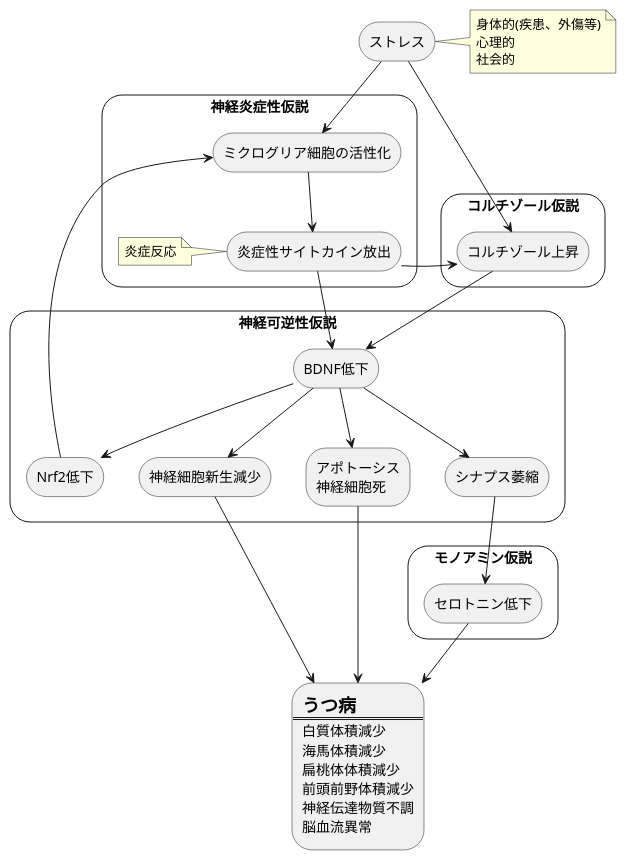
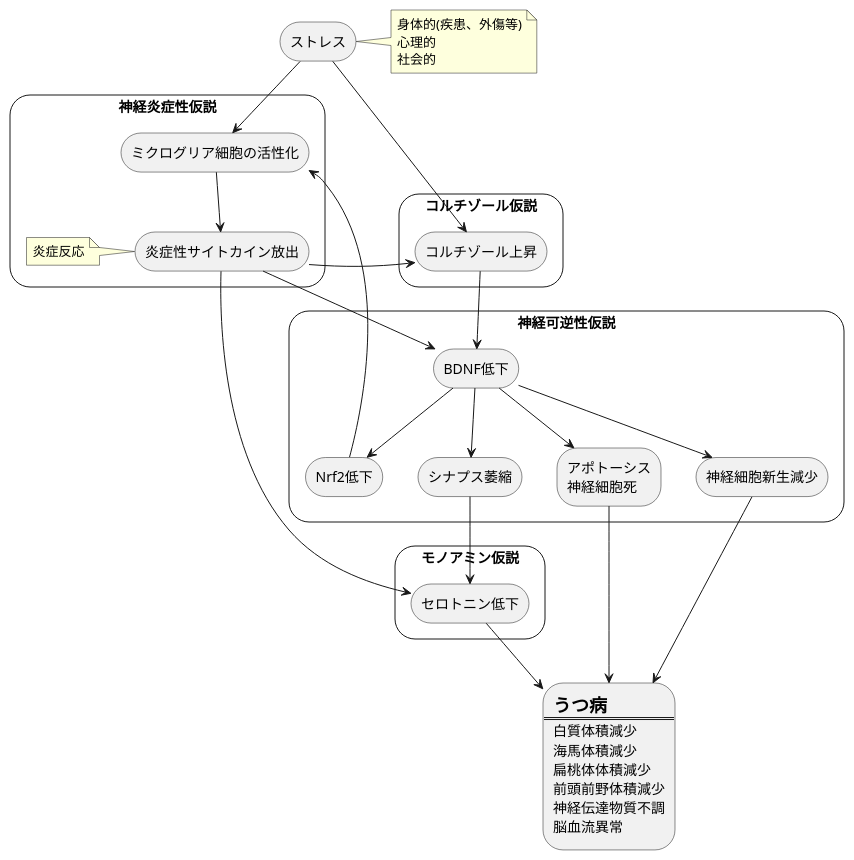
Before and after one commit to mitsugu/likebar: the diagram in 202503/fig2025031701.pu, drawn with PlantUML. The commit also changed 3 other files, not shown here.

Commit message:
fix missing figure

```diff
--- a/202503/fig2025031701.pu
+++ b/202503/fig2025031701.pu
@@ -1,62 +1,64 @@
 @startuml
 	skinparam rectangle {
 		roundCorner 40
 	}
 
 	rectangle "ストレス" as stress
 	note right
 		身体的(疾患、外傷等)
 		心理的
 		社会的
 	end note
 
 	rectangle "神経炎症性仮説" {
 		rectangle "ミクログリア細胞の活性化" as microglia
 		rectangle "炎症性サイトカイン放出" as Cytokine
 		note left
 			炎症反応
 		end note
 	}
 	stress -down-> microglia
 	microglia -down-> Cytokine
 
 	rectangle "コルチゾール仮説" {
 		rectangle "コルチゾール上昇" as cortisol
 	}
 	stress -down-> cortisol
 	Cytokine -right-> cortisol
 
 	rectangle "神経可逆性仮説" {
 		rectangle "BDNF低下" as BDNF
 		rectangle "Nrf2低下" as Nrf2
 		rectangle "シナプス萎縮" as synapse
 		rectangle "神経細胞新生減少" as Neurogenesis
 		rectangle "アポトーシス\n神経細胞死" as apoptosis
 	}
 	Cytokine --> BDNF
 	cortisol --> BDNF
 	BDNF -down-> Nrf2
 	BDNF -down-> synapse
 	BDNF -down-> Neurogenesis
 	BDNF -down-> apoptosis
 	Nrf2 --> microglia
 
 	rectangle "モノアミン仮説" {
 		rectangle "セロトニン低下" as serotonin
 	}
 	synapse -down-> serotonin
+	Cytokine -down-> serotonin
+
 	rectangle depression [
 		= うつ病
 		====
 		白質体積減少
 		海馬体積減少
 		扁桃体体積減少
 		前頭前野体積減少
 		神経伝達物質不調
 		脳血流異常
 	]
 
 	serotonin -down-> depression
 	Neurogenesis -down-> depression
 	apoptosis -down-> depression
 @enduml
```
